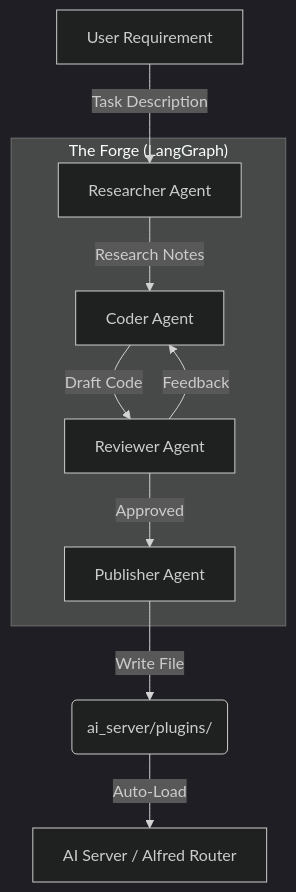
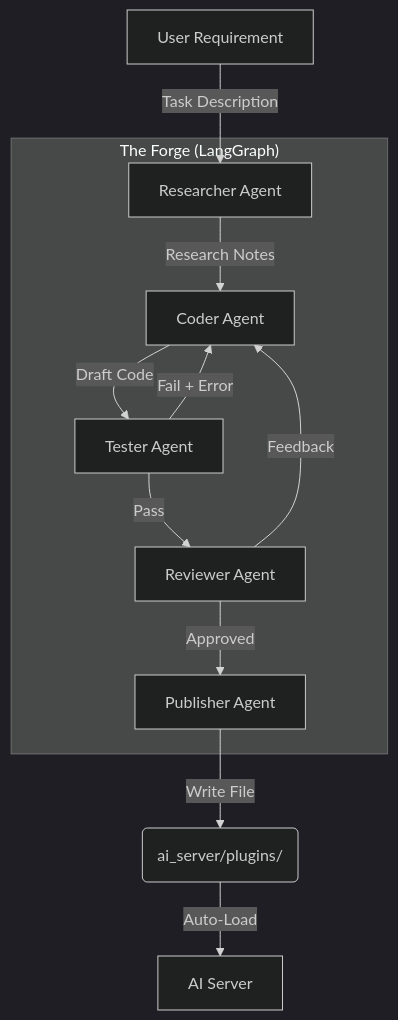
Before and after one commit to idkuday/alfred: the first of 2 diagrams in ARCHITECTURE.md, drawn with Mermaid (dark theme). The commit also changed other lines of this file and 2 other files, not shown here.

First line of the commit message:
docs: Update README, ARCHITECTURE, and QUICKSTART for current state

````diff
--- a/ARCHITECTURE.md
+++ b/ARCHITECTURE.md
@@ -18,14 +52,16 @@
 ```mermaid
 graph TD
     User[User Requirement] -->|Task Description| R[Researcher Agent]
-    
+
     subgraph "The Forge (LangGraph)"
         R -->|Research Notes| C[Coder Agent]
-        C -->|Draft Code| Rev[Reviewer Agent]
+        C -->|Draft Code| T[Tester Agent]
+        T -->|Pass| Rev[Reviewer Agent]
+        T -->|Fail + Error| C
         Rev -->|Feedback| C
         Rev -->|Approved| P[Publisher Agent]
     end
-    
+
     P -->|Write File| Plugins(ai_server/plugins/)
-    Plugins -->|Auto-Load| App[AI Server / Alfred Router]
+    Plugins -->|Auto-Load| App[AI Server]
 ```
````
